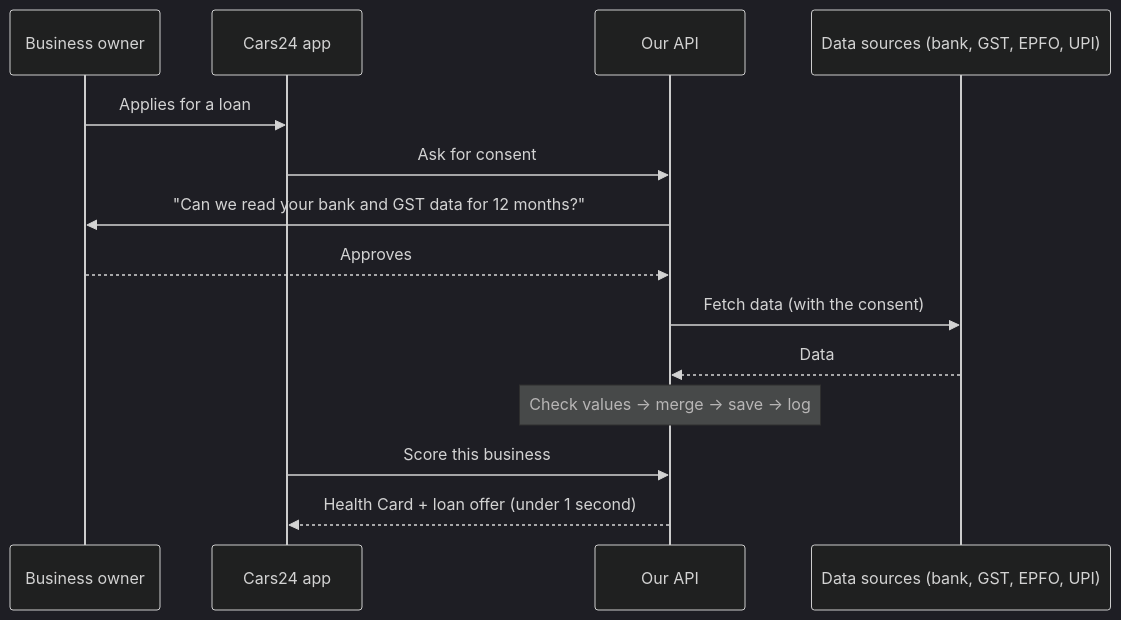
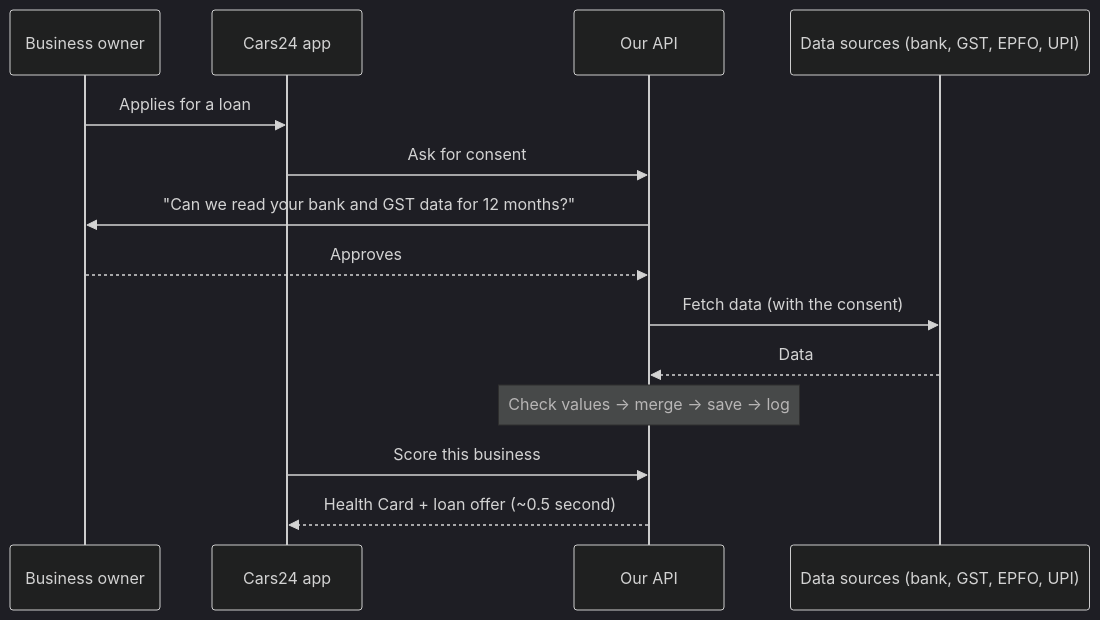
The second of 3 diagrams in docs/ARCHITECTURE.md (deepesh463/msme-health-card), drawn with Mermaid (dark theme) before and after one commit. The commit also changed other lines of this file and 1 other file, not shown here.

````diff
--- a/docs/ARCHITECTURE.md
+++ b/docs/ARCHITECTURE.md
@@ -64,16 +64,16 @@
 ```mermaid
 sequenceDiagram
     participant B as Business owner
     participant APP as Cars24 app
     participant API as Our API
     participant S as Data sources (bank, GST, EPFO, UPI)
     B->>APP: Applies for a loan
     APP->>API: Ask for consent
     API->>B: "Can we read your bank and GST data for 12 months?"
     B-->>API: Approves
     API->>S: Fetch data (with the consent)
     S-->>API: Data
     Note over API: Check values → merge → save → log
     APP->>API: Score this business
-    API-->>APP: Health Card + loan offer (under 1 second)
+    API-->>APP: Health Card + loan offer (~0.5 second)
 ```
````
